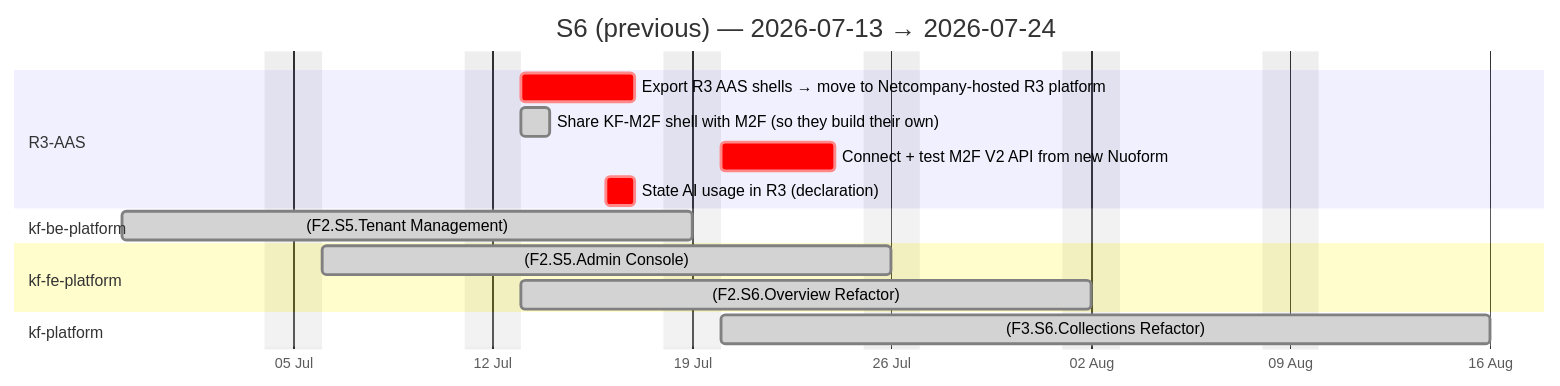
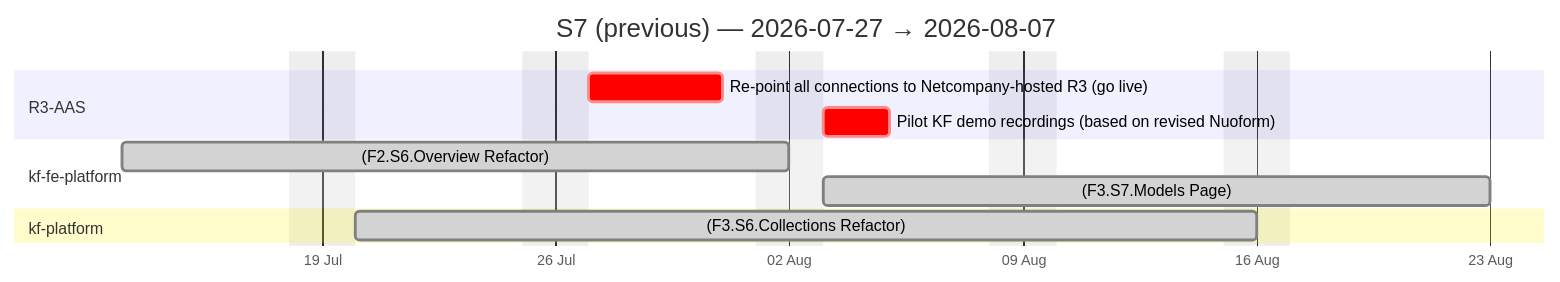
One commit to Katty-Fashion/kf-cpto changed the second of 4 diagrams in docs/agile-sprints.md. Above: the diagram before and after it, drawn with Mermaid. The commit also changed other lines of this file and 14 other files, not shown here.

````diff
--- a/docs/agile-sprints.md
+++ b/docs/agile-sprints.md
@@ -51,20 +51,16 @@
 ```mermaid
 gantt
-    title S6 (previous) — 2026-07-13 → 2026-07-24
+    title S7 (previous) — 2026-07-27 → 2026-08-07
     dateFormat YYYY-MM-DD
     axisFormat %d %b
     excludes weekends
 
     section R3-AAS
-    Export R3 AAS shells → move to Netcompany-hosted R3 platform :crit, 2026-07-13, 2026-07-17
-    Share KF-M2F shell with M2F (so they build their own) :done, 2026-07-13, 2026-07-14
-    Connect + test M2F V2 API from new Nuoform :crit, 2026-07-20, 2026-07-24
-    State AI usage in R3 (declaration) :crit, 2026-07-16, 2026-07-17
-    section kf-be-platform
-    (F2.S5.Tenant Management) :done, 2026-06-29, 2026-07-19
+    Re-point all connections to Netcompany-hosted R3 (go live) :crit, 2026-07-27, 2026-07-31
+    Pilot KF demo recordings (based on revised Nuoform) :crit, 2026-08-03, 2026-08-05
     section kf-fe-platform
-    (F2.S5.Admin Console) :done, 2026-07-06, 2026-07-26
     (F2.S6.Overview Refactor) :done, 2026-07-13, 2026-08-02
+    (F3.S7.Models Page) :done, 2026-08-03, 2026-08-23
     section kf-platform
     (F3.S6.Collections Refactor) :done, 2026-07-20, 2026-08-16
 ```
````
